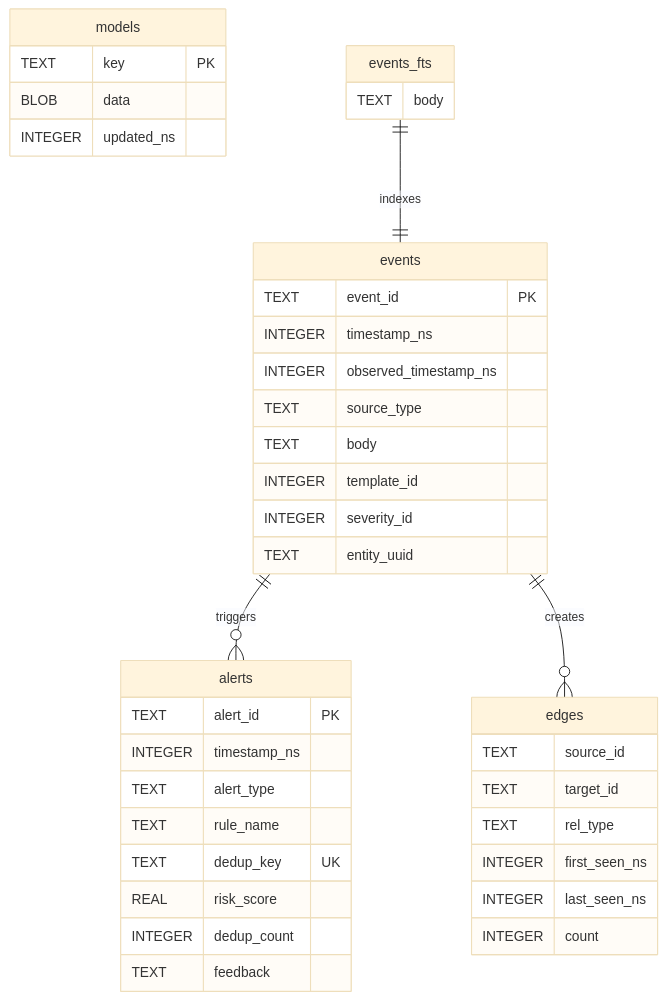
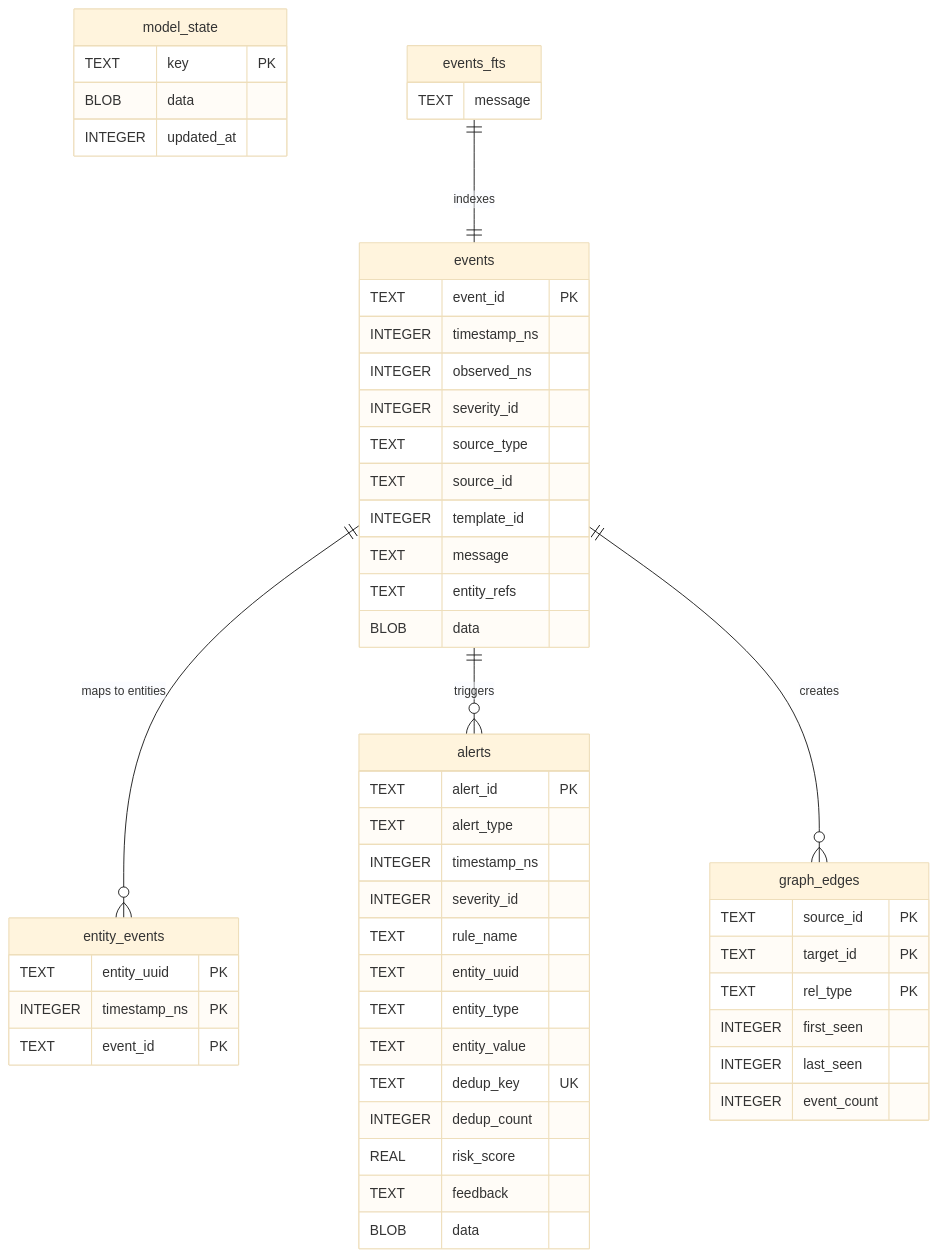
One commit to seerflow/seerflow-guide changed the second of 2 diagrams in docs/operations/storage.md. Above: the diagram before and after it, drawn with Mermaid (base theme). The commit also changed other lines of this file and 3 other files, not shown here.

First line of the commit message:
fix(S-139G): review fixes — OTLP config keys, dedup format, ER diagram, config example

````diff
--- a/docs/operations/storage.md
+++ b/docs/operations/storage.md
@@ -267,43 +267,56 @@
 ```mermaid
 erDiagram
     events {
         TEXT event_id PK
         INTEGER timestamp_ns
-        INTEGER observed_timestamp_ns
+        INTEGER observed_ns
+        INTEGER severity_id
         TEXT source_type
-        TEXT body
+        TEXT source_id
         INTEGER template_id
-        INTEGER severity_id
-        TEXT entity_uuid
+        TEXT message
+        TEXT entity_refs
+        BLOB data
+    }
+    entity_events {
+        TEXT entity_uuid PK
+        INTEGER timestamp_ns PK
+        TEXT event_id PK
     }
     alerts {
         TEXT alert_id PK
+        TEXT alert_type
         INTEGER timestamp_ns
-        TEXT alert_type
+        INTEGER severity_id
         TEXT rule_name
+        TEXT entity_uuid
+        TEXT entity_type
+        TEXT entity_value
         TEXT dedup_key UK
+        INTEGER dedup_count
         REAL risk_score
-        INTEGER dedup_count
         TEXT feedback
+        BLOB data
     }
-    models {
+    model_state {
         TEXT key PK
         BLOB data
-        INTEGER updated_ns
+        INTEGER updated_at
     }
-    edges {
-        TEXT source_id
-        TEXT target_id
-        TEXT rel_type
-        INTEGER first_seen_ns
-        INTEGER last_seen_ns
-        INTEGER count
+    graph_edges {
+        TEXT source_id PK
+        TEXT target_id PK
+        TEXT rel_type PK
+        INTEGER first_seen
+        INTEGER last_seen
+        INTEGER event_count
     }
     events_fts {
-        TEXT body
+        TEXT message
     }
 
+    events ||--o{ entity_events : "maps to entities"
     events ||--o{ alerts : "triggers"
-    events ||--o{ edges : "creates"
+    events ||--o{ graph_edges : "creates"
     events_fts ||--|| events : "indexes"
 ```
````
